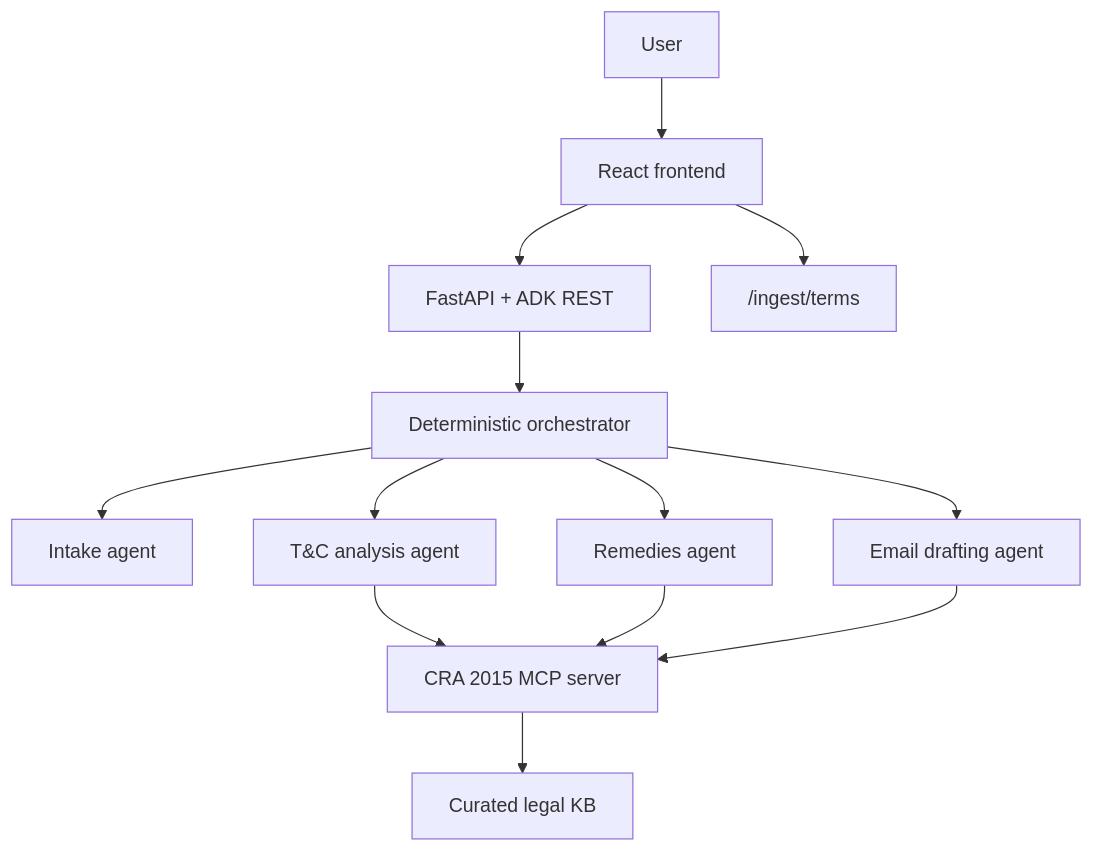
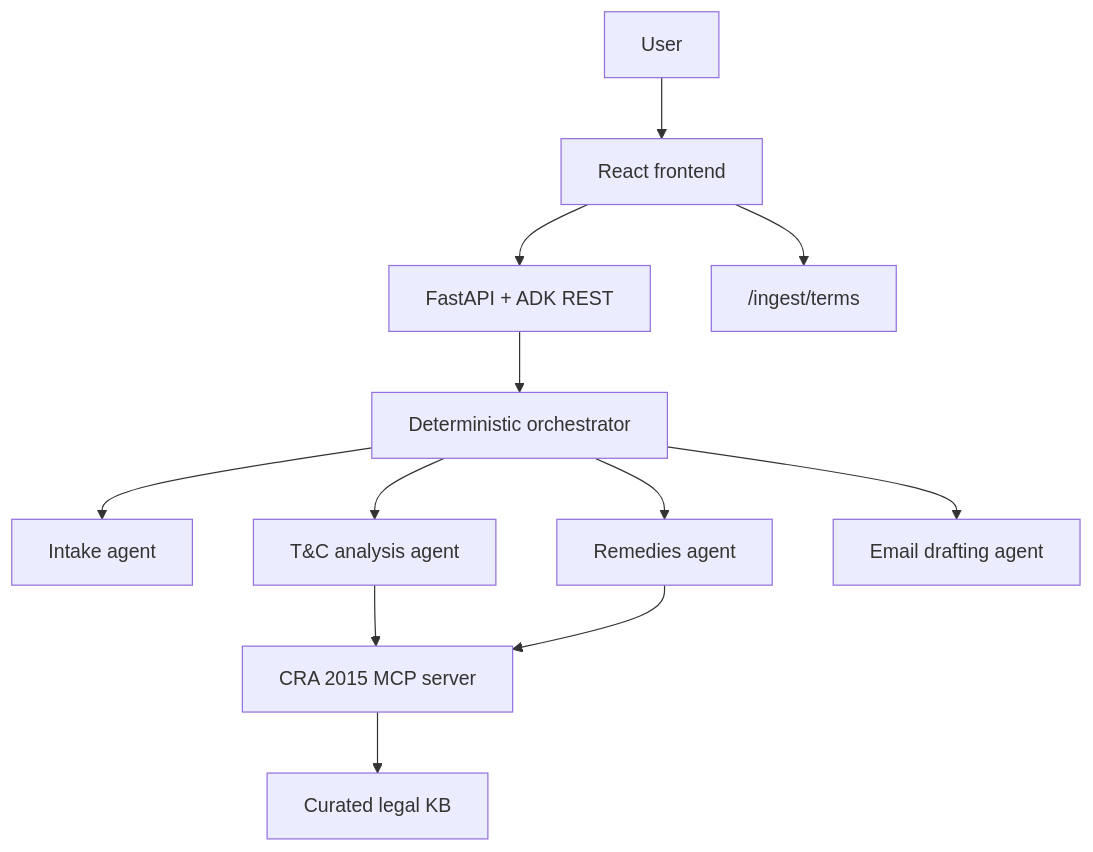
One commit to nisprateek/fairclaim changed the diagram in specs/ARCHITECTURE.md. Above: the diagram before and after it, drawn with Mermaid. The commit also changed 6 other files, not shown here.

First line of the commit message:
refactor: optimize intake confirmation flow and sanitize UI components

````diff
--- a/specs/ARCHITECTURE.md
+++ b/specs/ARCHITECTURE.md
@@ -5,15 +5,14 @@
 ```mermaid
 graph TD
     U["User"] --> FE["React frontend"]
     FE --> API["FastAPI + ADK REST"]
     FE --> INGEST["/ingest/terms"]
     API --> ORCH["Deterministic orchestrator"]
     ORCH --> INTAKE["Intake agent"]
     ORCH --> TC["T&C analysis agent"]
     ORCH --> REM["Remedies agent"]
     ORCH --> EMAIL["Email drafting agent"]
     TC --> MCP["CRA 2015 MCP server"]
     REM --> MCP
-    EMAIL --> MCP
     MCP --> KB["Curated legal KB"]
 ```
````
